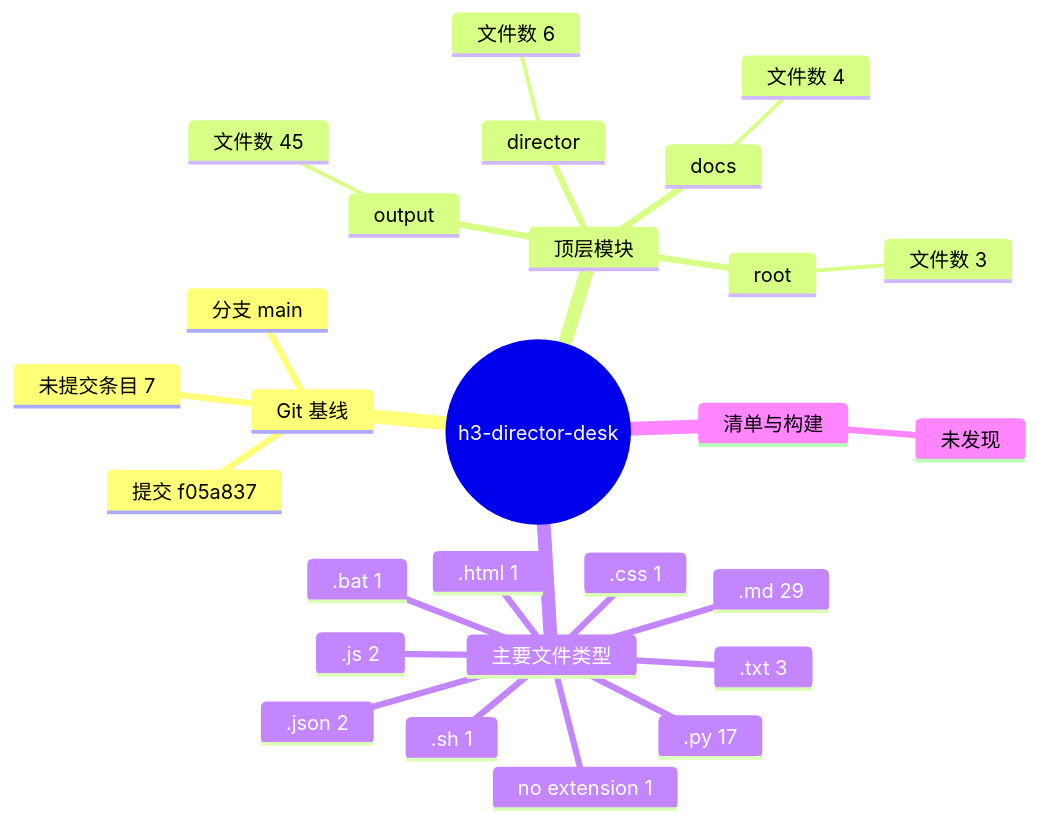
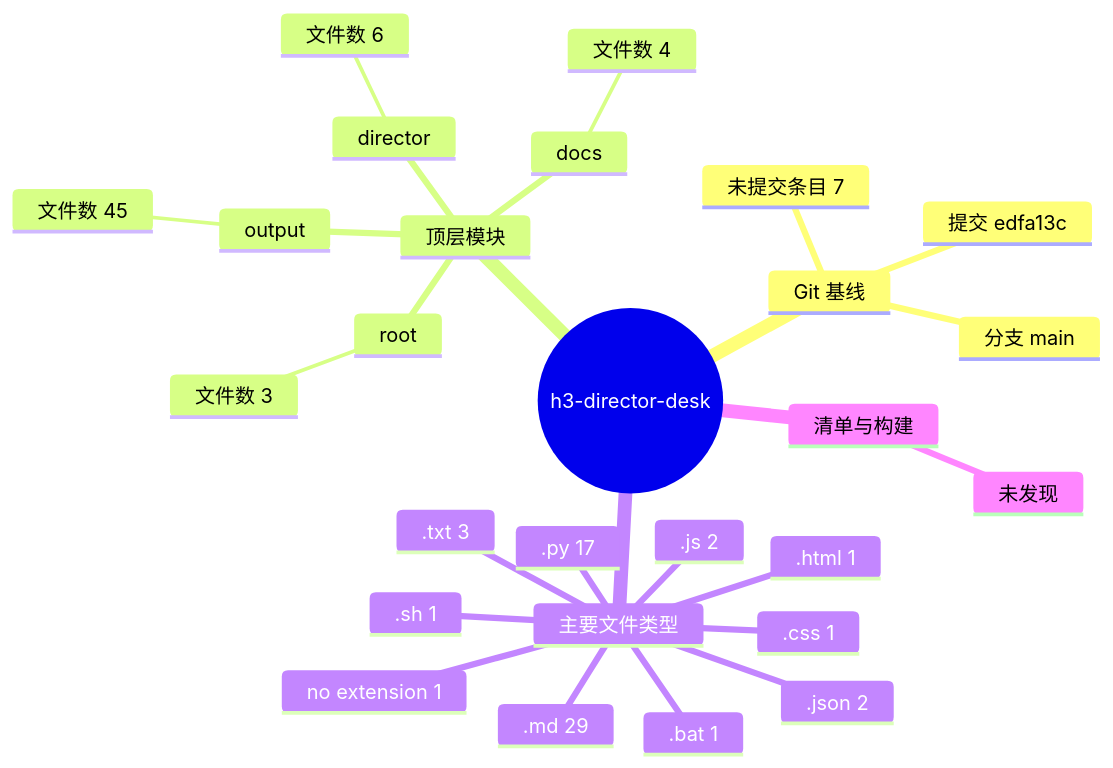
One commit to Exalex/h3-director-desk changed the diagram in docs/project-evolution/mindmaps/repository-structure.md. Above: the diagram before and after it, drawn with Mermaid. The commit also changed 6 other files, not shown here.

````diff
--- a/docs/project-evolution/mindmaps/repository-structure.md
+++ b/docs/project-evolution/mindmaps/repository-structure.md
@@ -5,30 +5,30 @@
 ```mermaid
 mindmap
   root((h3-director-desk))
     Git 基线
       分支 main
-      提交 f05a837
+      提交 edfa13c
       未提交条目 7
     顶层模块
       output
         文件数 45
       director
         文件数 6
       docs
         文件数 4
       root
         文件数 3
     主要文件类型
       .md 29
       .py 17
       .txt 3
       .js 2
       .json 2
       no extension 1
       .bat 1
       .html 1
       .css 1
       .sh 1
     清单与构建
       未发现
 ```
````
